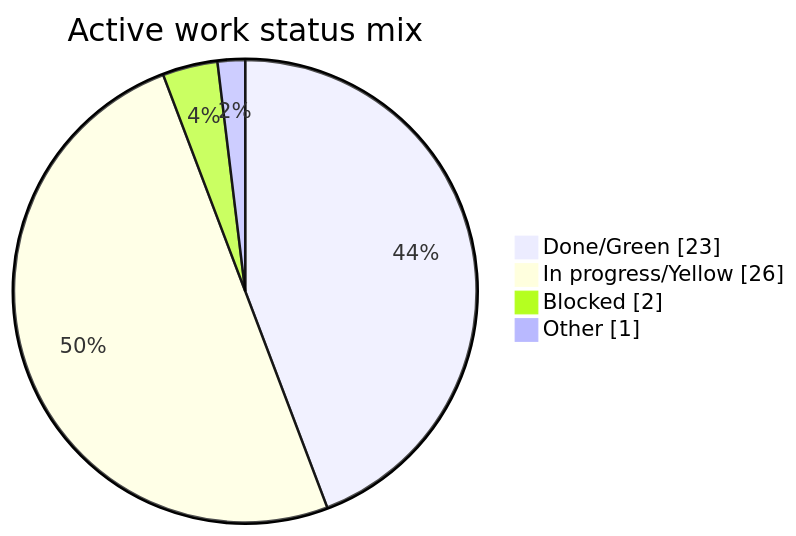
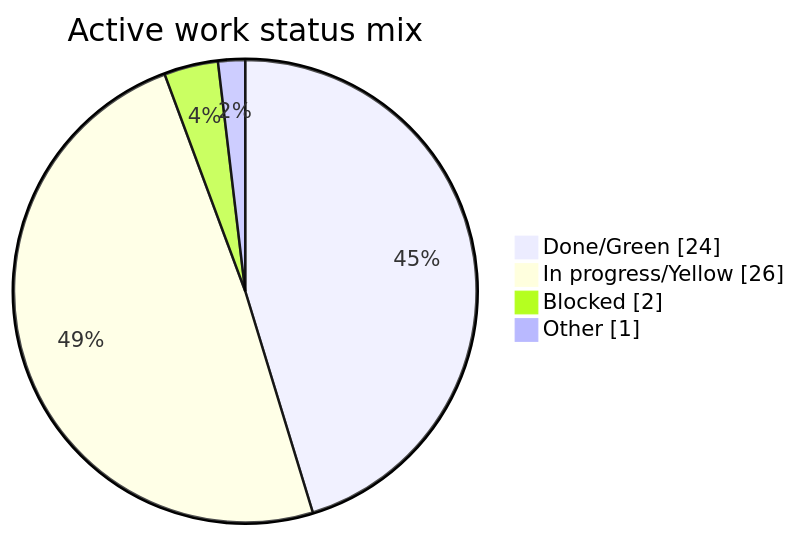
Before and after one commit to AliHamed17/vego-ai-research: the second of 7 diagrams in docs/confluence/outbox/vego-ai-progress-dashboard.md, drawn with Mermaid. The commit also changed other lines of this file and 9 other files, not shown here.

````diff
--- a/docs/confluence/outbox/vego-ai-progress-dashboard.md
+++ b/docs/confluence/outbox/vego-ai-progress-dashboard.md
@@ -165,8 +165,8 @@
 ```mermaid
 pie showData
     title Active work status mix
-    "Done/Green" : 23
+    "Done/Green" : 24
     "In progress/Yellow" : 26
     "Blocked" : 2
     "Other" : 1
 ```
````
